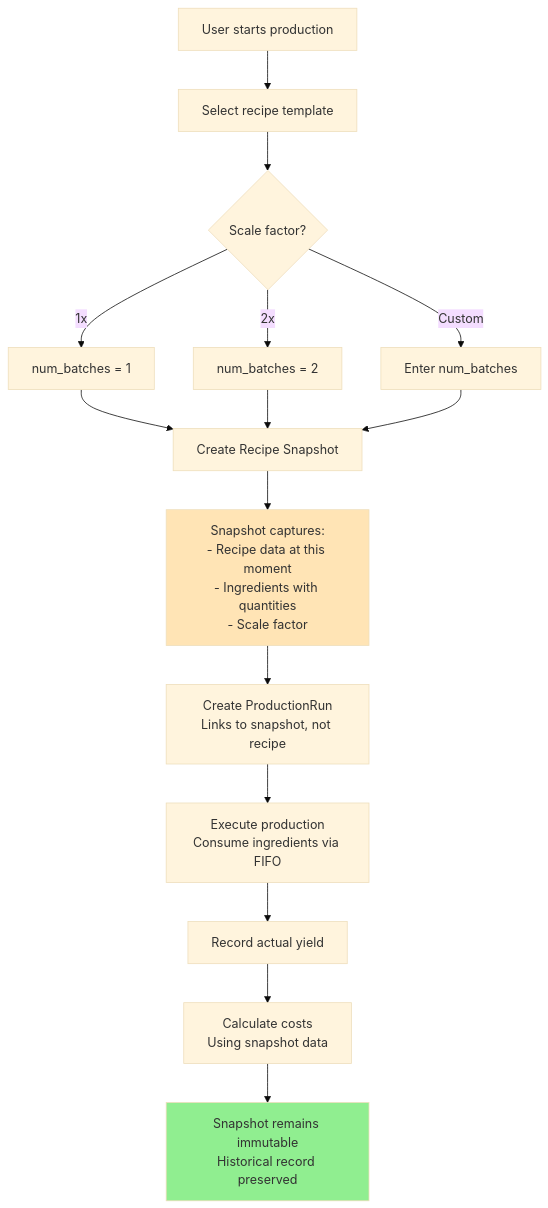
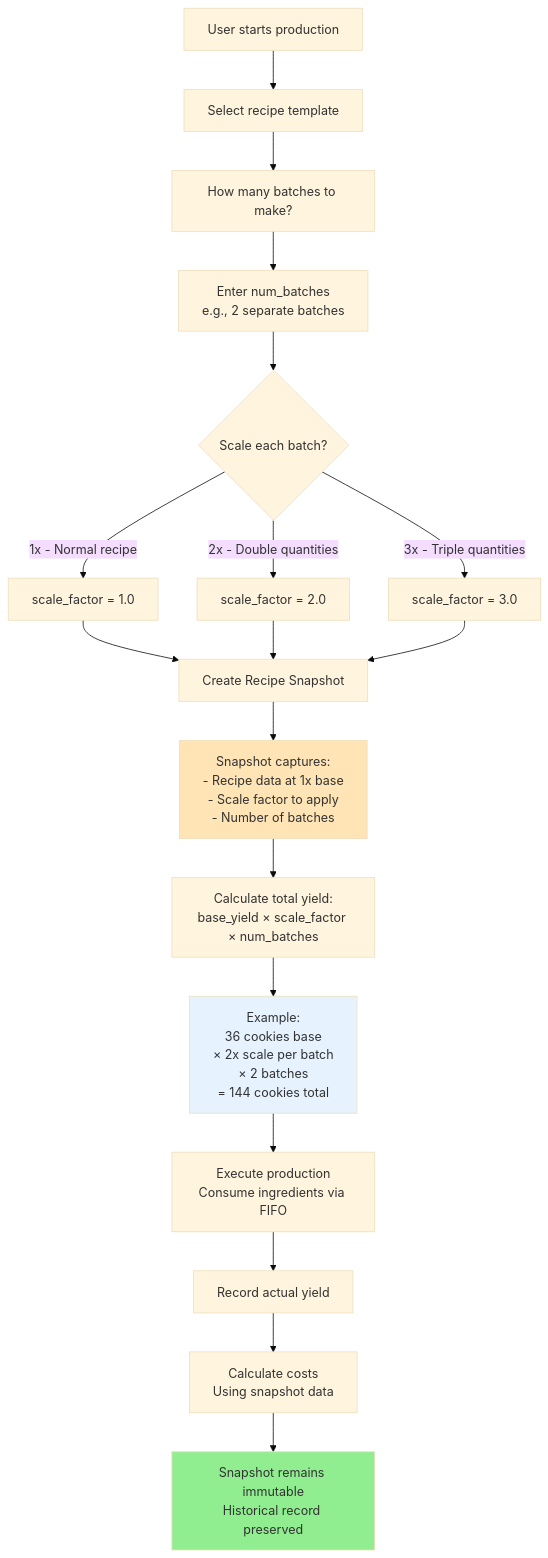
One commit to kentonium3/bake-tracker changed the third of 4 diagrams in docs/design/_F037_recipe_redesign.md. Above: the diagram before and after it, drawn with Mermaid (base theme). The commit also changed other lines of this file and 12 other files, not shown here.

````diff
--- a/docs/design/_F037_recipe_redesign.md
+++ b/docs/design/_F037_recipe_redesign.md
@@ -274,27 +274,33 @@
 ```mermaid
 graph TD
     A[User starts production] --> B[Select recipe template]
-    B --> C{Scale factor?}
+    B --> C[How many batches to make?]
     
-    C -->|1x| D[num_batches = 1]
-    C -->|2x| E[num_batches = 2]
-    C -->|Custom| F[Enter num_batches]
+    C --> D[Enter num_batches<br/>e.g., 2 separate batches]
     
-    D --> G[Create Recipe Snapshot]
-    E --> G
-    F --> G
+    D --> E{Scale each batch?}
+    E -->|1x - Normal recipe| F[scale_factor = 1.0]
+    E -->|2x - Double quantities| G[scale_factor = 2.0]
+    E -->|3x - Triple quantities| H[scale_factor = 3.0]
     
-    G --> H[Snapshot captures:<br/>- Recipe data at this moment<br/>- Ingredients with quantities<br/>- Scale factor]
+    F --> I[Create Recipe Snapshot]
+    G --> I
+    H --> I
     
-    H --> I[Create ProductionRun<br/>Links to snapshot, not recipe]
+    I --> J[Snapshot captures:<br/>- Recipe data at 1x base<br/>- Scale factor to apply<br/>- Number of batches]
     
-    I --> J[Execute production<br/>Consume ingredients via FIFO]
+    J --> K[Calculate total yield:<br/>base_yield × scale_factor × num_batches]
     
-    J --> K[Record actual yield]
-    K --> L[Calculate costs<br/>Using snapshot data]
+    K --> L[Example:<br/>36 cookies base<br/>× 2x scale per batch<br/>× 2 batches<br/>= 144 cookies total]
     
-    L --> M[Snapshot remains immutable<br/>Historical record preserved]
+    L --> M[Execute production<br/>Consume ingredients via FIFO]
     
-    style H fill:#FFE4B5
-    style M fill:#90EE90
+    M --> N[Record actual yield]
+    N --> O[Calculate costs<br/>Using snapshot data]
+    
+    O --> P[Snapshot remains immutable<br/>Historical record preserved]
+    
+    style J fill:#FFE4B5
+    style L fill:#E6F3FF
+    style P fill:#90EE90
 ```
````
